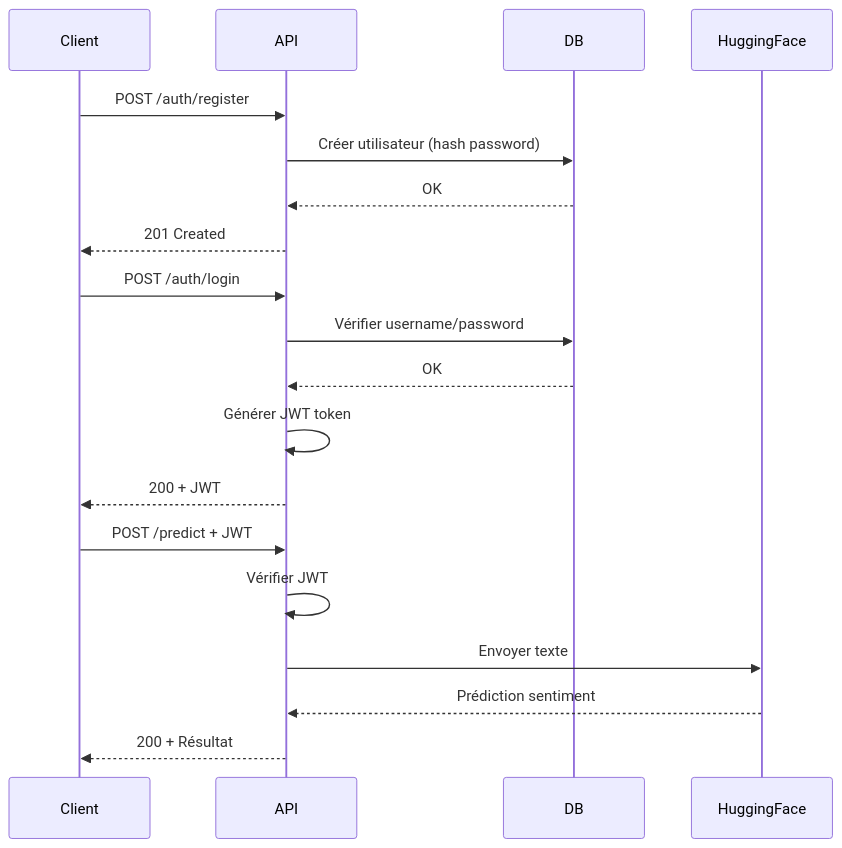
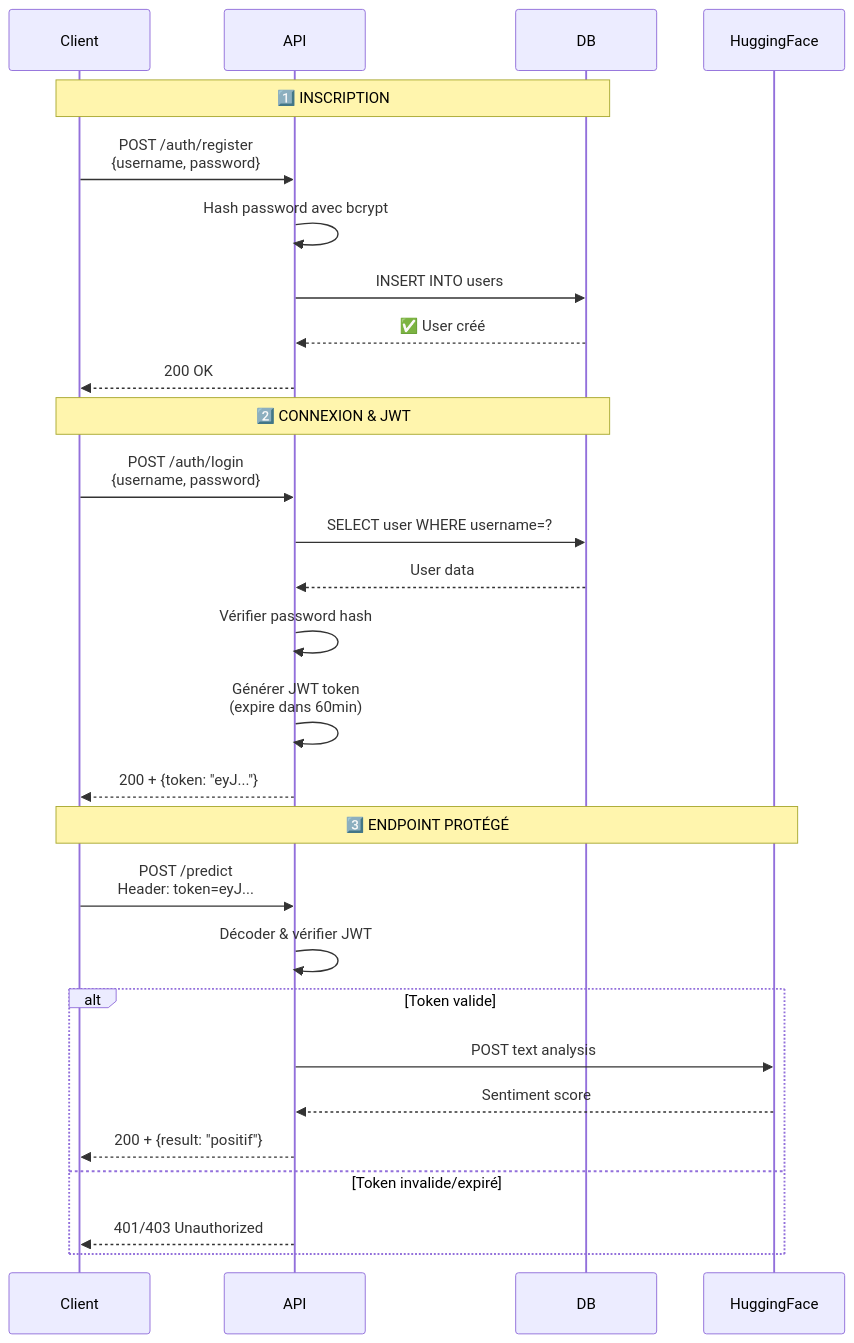
The diagram in README.md (manalfarouq/Sentiment-analysis-backend-), drawn with Mermaid before and after one commit. The commit also changed other lines of this file, not shown here.

````diff
--- a/README.md
+++ b/README.md
@@ -316,24 +328,33 @@
 ```mermaid
 sequenceDiagram
     participant Client
     participant API
     participant DB
     participant HF as HuggingFace
 
-    Client->>API: POST /auth/register
-    API->>DB: Créer utilisateur (hash password)
-    DB-->>API: OK
-    API-->>Client: 201 Created
+    Note over Client,DB: 1️⃣ INSCRIPTION
+    Client->>API: POST /auth/register<br/>{username, password}
+    API->>API: Hash password avec bcrypt
+    API->>DB: INSERT INTO users
+    DB-->>API: ✅ User créé
+    API-->>Client: 200 OK
 
-    Client->>API: POST /auth/login
-    API->>DB: Vérifier username/password
-    DB-->>API: OK
-    API->>API: Générer JWT token
-    API-->>Client: 200 + JWT
+    Note over Client,DB: 2️⃣ CONNEXION & JWT
+    Client->>API: POST /auth/login<br/>{username, password}
+    API->>DB: SELECT user WHERE username=?
+    DB-->>API: User data
+    API->>API: Vérifier password hash
+    API->>API: Générer JWT token<br/>(expire dans 60min)
+    API-->>Client: 200 + {token: "eyJ..."}
 
-    Client->>API: POST /predict + JWT
-    API->>API: Vérifier JWT
-    API->>HF: Envoyer texte
-    HF-->>API: Prédiction sentiment
-    API-->>Client: 200 + Résultat
+    Note over Client,HF: 3️⃣ ENDPOINT PROTÉGÉ
+    Client->>API: POST /predict<br/>Header: token=eyJ...
+    API->>API: Décoder & vérifier JWT
+    alt Token valide
+        API->>HF: POST text analysis
+        HF-->>API: Sentiment score
+        API-->>Client: 200 + {result: "positif"}
+    else Token invalide/expiré
+        API-->>Client: 401/403 Unauthorized
+    end
 ```
````
